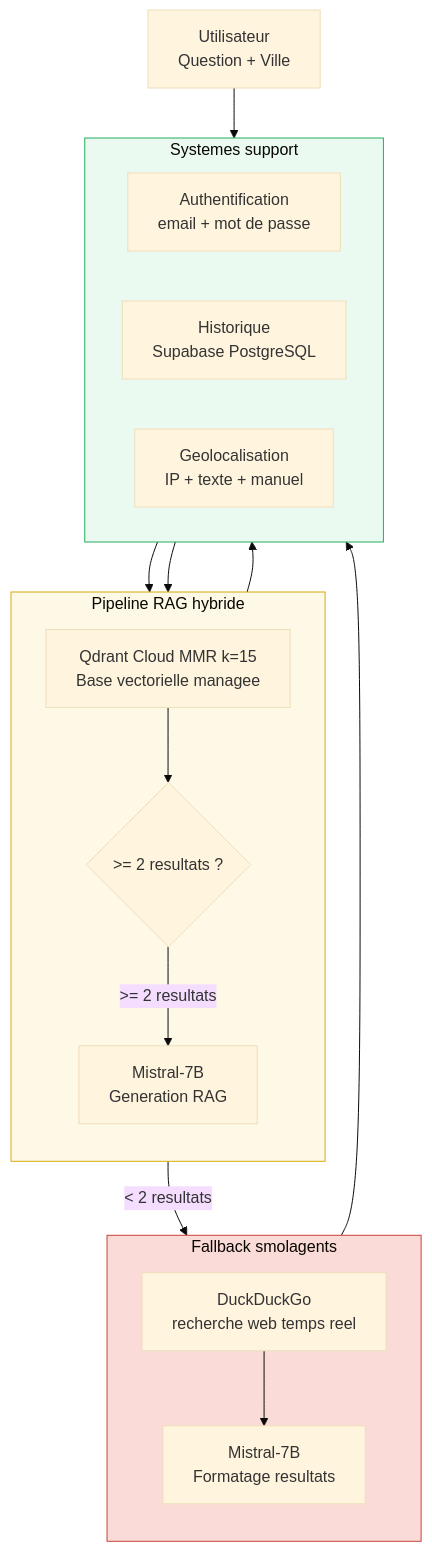
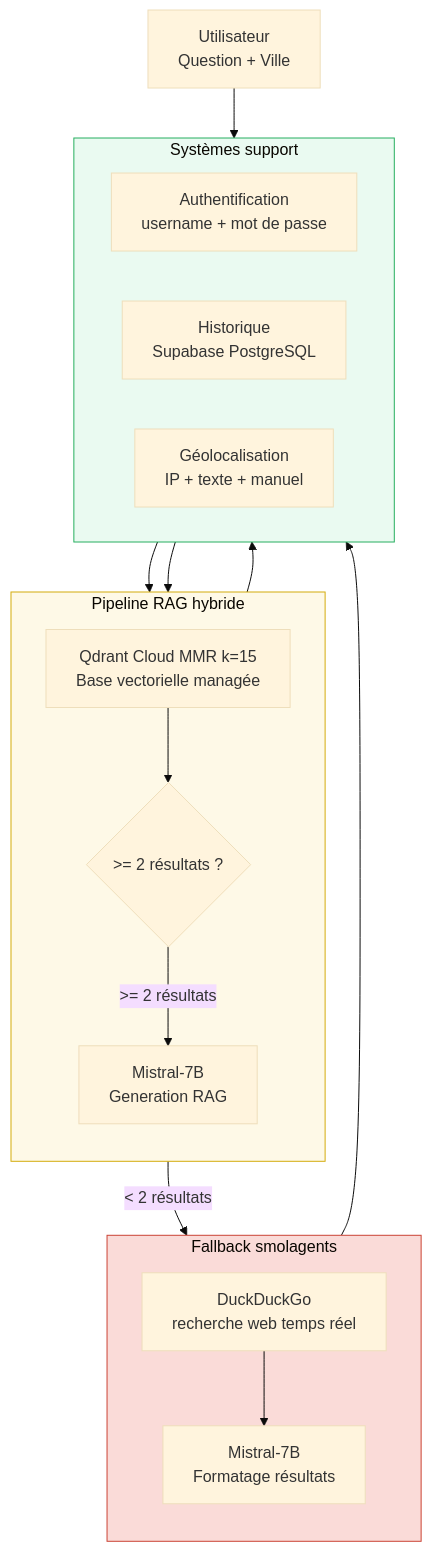
One commit to Cheikhafef/MVP-Puls-Events changed the diagram in README.md. Above: the diagram before and after it, drawn with Mermaid (base theme). The commit also changed other lines of this file and 3 other files, not shown here.

````diff
--- a/README.md
+++ b/README.md
@@ -139,38 +153,38 @@
 ```mermaid
 flowchart TD
     USR["Utilisateur\nQuestion + Ville"]
 
     subgraph RAG["Pipeline RAG hybride"]
         direction TB
-        QDRANT["Qdrant Cloud MMR k=15\nBase vectorielle managee"]
-        COND{">= 2 resultats ?"}
+        QDRANT["Qdrant Cloud MMR k=15\nBase vectorielle managée"]
+        COND{">= 2 résultats ?"}
         MISTRAL["Mistral-7B\nGeneration RAG"]
     end
 
     subgraph AGENT["Fallback smolagents"]
         direction TB
-        DDG["DuckDuckGo\nrecherche web temps reel"]
-        FORMAT["Mistral-7B\nFormatage resultats"]
+        DDG["DuckDuckGo\nrecherche web temps réel"]
+        FORMAT["Mistral-7B\nFormatage résultats"]
     end
 
-    subgraph SUPPORT["Systemes support"]
+    subgraph SUPPORT["Systèmes support"]
         direction LR
-        AUTH["Authentification\nemail + mot de passe"]
+        AUTH["Authentification\nusername + mot de passe"]
         MEM["Historique\nSupabase PostgreSQL"]
-        GEO["Geolocalisation\nIP + texte + manuel"]
+        GEO["Géolocalisation\nIP + texte + manuel"]
     end
 
     USR --> AUTH
     AUTH --> QDRANT
     QDRANT --> COND
-    COND -->|">= 2 resultats"| MISTRAL
-    COND -->|"< 2 resultats"| DDG
+    COND -->|">= 2 résultats"| MISTRAL
+    COND -->|"< 2 résultats"| DDG
     DDG --> FORMAT
     MISTRAL --> MEM
     FORMAT --> MEM
     GEO --> QDRANT
 
     style RAG fill:#FEF9E7,stroke:#D4AC0D
     style AGENT fill:#FADBD8,stroke:#CB4335
     style SUPPORT fill:#EAFAF1,stroke:#27AE60
 ```
````
